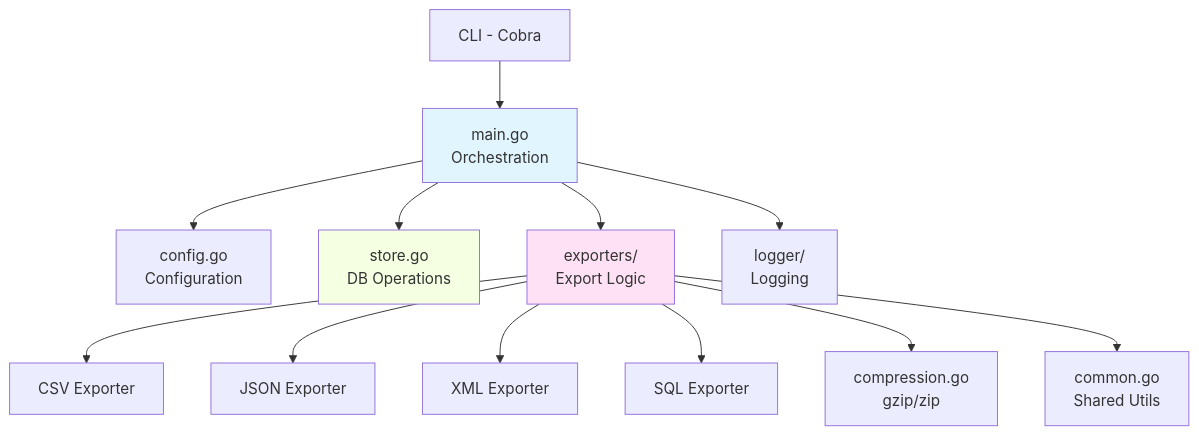
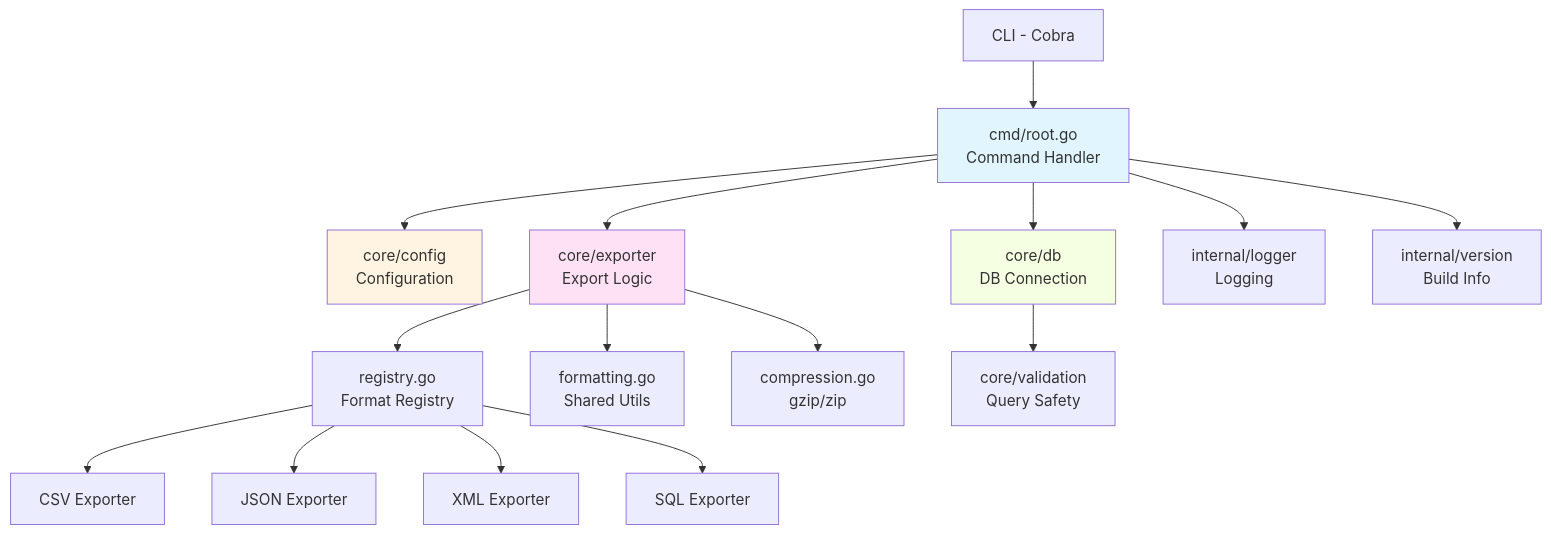
The diagram in README.md (fbz-tec/pgexport), drawn with Mermaid before and after one commit. The commit also changed other lines of this file and 1 other file, not shown here.

Commit message:
docs(readme): update for new layered architecture

````diff
--- a/README.md
+++ b/README.md
@@ -653,21 +676,26 @@
 ```mermaid
 flowchart TD
-  A[CLI - Cobra] --> B[main.go<br/>Orchestration]
-  B --> C[config.go<br/>Configuration]
-  B --> D[store.go<br/>DB Operations]
-  B --> E[exporters/<br/>Export Logic]
+  A[CLI - Cobra] --> B[cmd/root.go<br/>Command Handler]
+  B --> C[core/config<br/>Configuration]
+  B --> D[core/db<br/>DB Connection]
+  B --> E[core/exporter<br/>Export Logic]
   
-  E --> E1[CSV Exporter]
-  E --> E2[JSON Exporter]
-  E --> E3[XML Exporter]
-  E --> E4[SQL Exporter]
+  E --> E0[registry.go<br/>Format Registry]
+  E0 --> E1[CSV Exporter]
+  E0 --> E2[JSON Exporter]
+  E0 --> E3[XML Exporter]
+  E0 --> E4[SQL Exporter]
   
-  E --> F[compression.go<br/>gzip/zip]
-  E --> G[common.go<br/>Shared Utils]
+  E --> F[formatting.go<br/>Shared Utils]
+  E --> G[compression.go<br/>gzip/zip]
   
-  B --> H[logger/<br/>Logging]
+  B --> H[internal/logger<br/>Logging]
+  B --> I[internal/version<br/>Build Info]
+  
+  D --> J[core/validation<br/>Query Safety]
   
   style B fill:#e1f5ff
   style E fill:#ffe1f5
   style D fill:#f5ffe1
+  style C fill:#fff4e1
 ```
````
